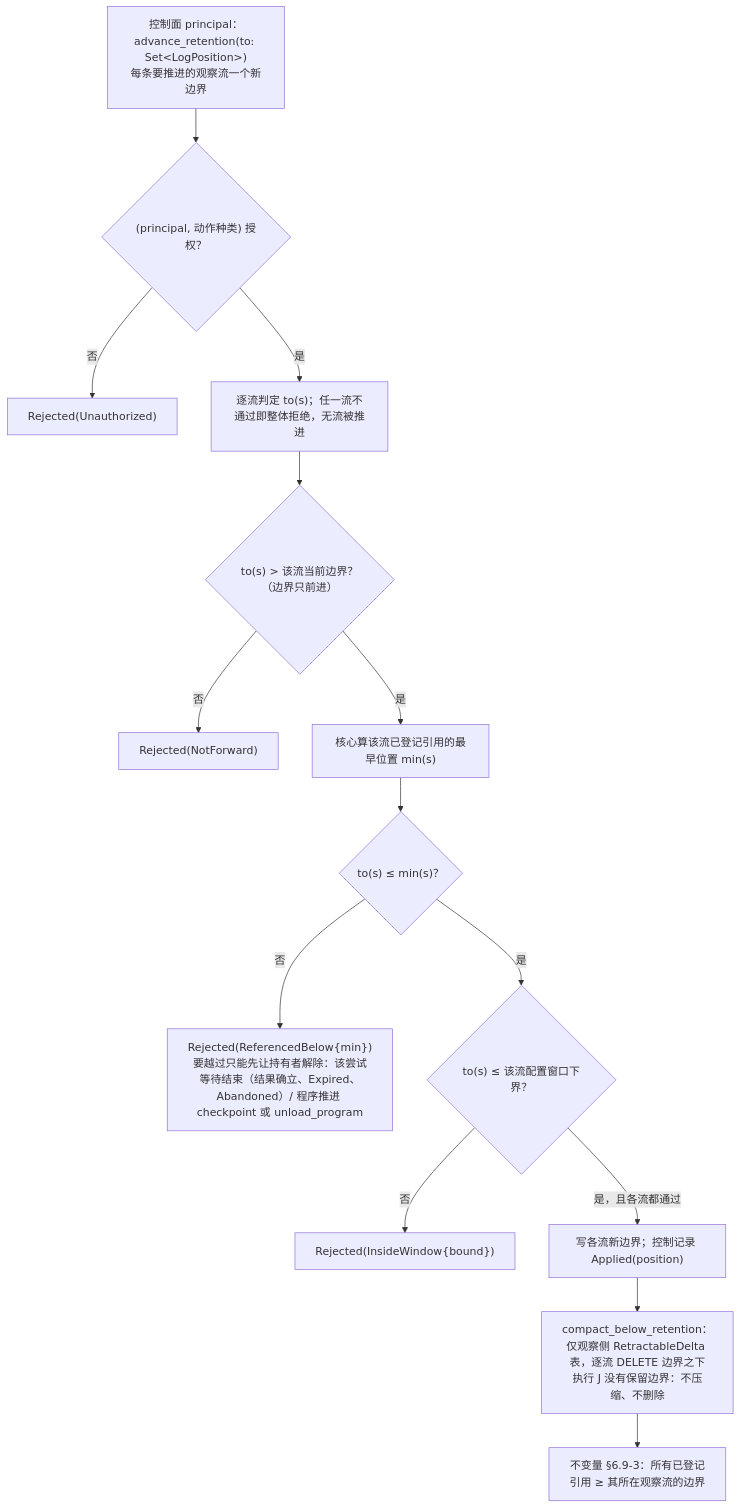
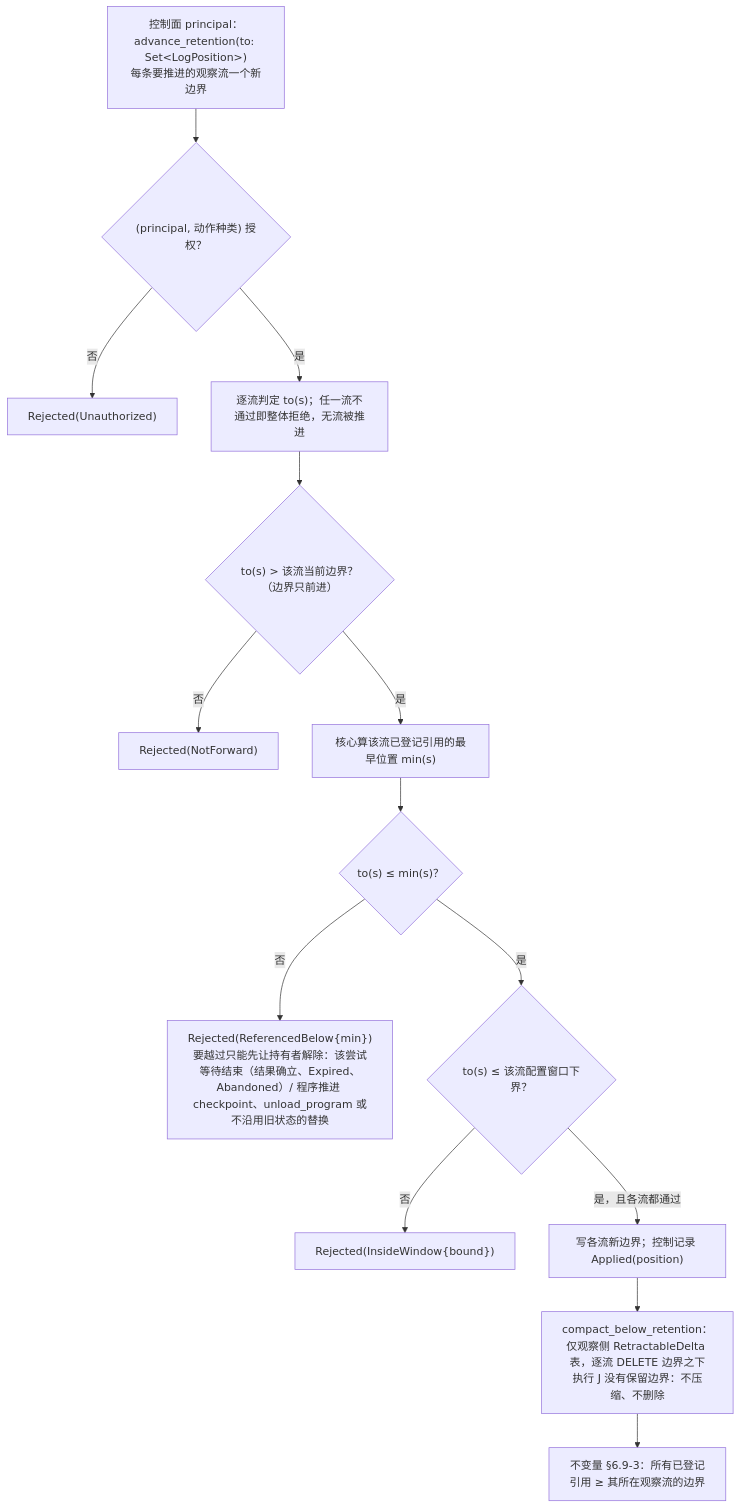
One commit to mouriya-s-lab/uta changed the second of 3 diagrams in design/diagrams/08-retention-and-references.md. Above: the diagram before and after it, drawn with Mermaid. The commit also changed other lines of this file and 6 other files, not shown here.

Commit message:
design: control stream for adoption, halts and program control; integration run ends after OS-confirmed exit; unload and replacement ordered after in-flight output; cursors set in the Applied; load check waits for first declaration

````diff
--- a/design/diagrams/08-retention-and-references.md
+++ b/design/diagrams/08-retention-and-references.md
@@ -47,16 +47,16 @@
 ```mermaid
 flowchart TB
   OP["控制面 principal：advance_retention(to: Set&lt;LogPosition&gt;)<br/>每条要推进的观察流一个新边界"] --> AUTH{"(principal, 动作种类) 授权？"}
   AUTH -->|"否"| U["Rejected(Unauthorized)"]
   AUTH -->|"是"| EACH["逐流判定 to(s)；任一流不通过即整体拒绝，无流被推进"]
   EACH --> MONO{"to(s) > 该流当前边界？（边界只前进）"}
   MONO -->|"否"| RJ0["Rejected(NotForward)"]
   MONO -->|"是"| MIN["核心算该流已登记引用的最早位置 min(s)"]
   MIN --> CMP{"to(s) ≤ min(s)？"}
-  CMP -->|"否"| RJ["Rejected(ReferencedBelow{min})<br/>要越过只能先让持有者解除：该尝试等待结束（结果确立、Expired、Abandoned）/ 程序推进 checkpoint 或 unload_program"]
+  CMP -->|"否"| RJ["Rejected(ReferencedBelow{min})<br/>要越过只能先让持有者解除：该尝试等待结束（结果确立、Expired、Abandoned）/ 程序推进 checkpoint、unload_program 或不沿用旧状态的替换"]
   CMP -->|"是"| WIN{"to(s) ≤ 该流配置窗口下界？"}
   WIN -->|"否"| RJ2["Rejected(InsideWindow{bound})"]
   WIN -->|"是，且各流都通过"| APPLY["写各流新边界；控制记录 Applied(position)"]
   APPLY --> COMPACT["compact_below_retention：仅观察侧 RetractableDelta 表，逐流 DELETE 边界之下<br/>执行 J 没有保留边界：不压缩、不删除"]
   COMPACT --> INV["不变量 §6.9-3：所有已登记引用 ≥ 其所在观察流的边界"]
 ```
````
